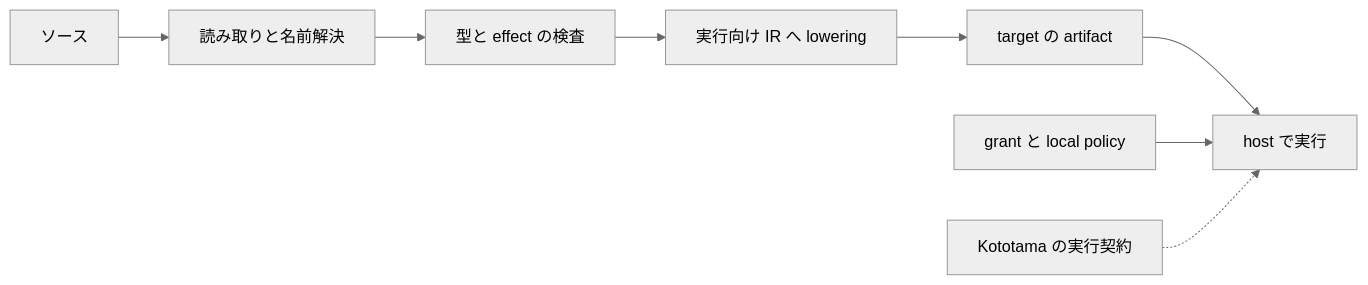
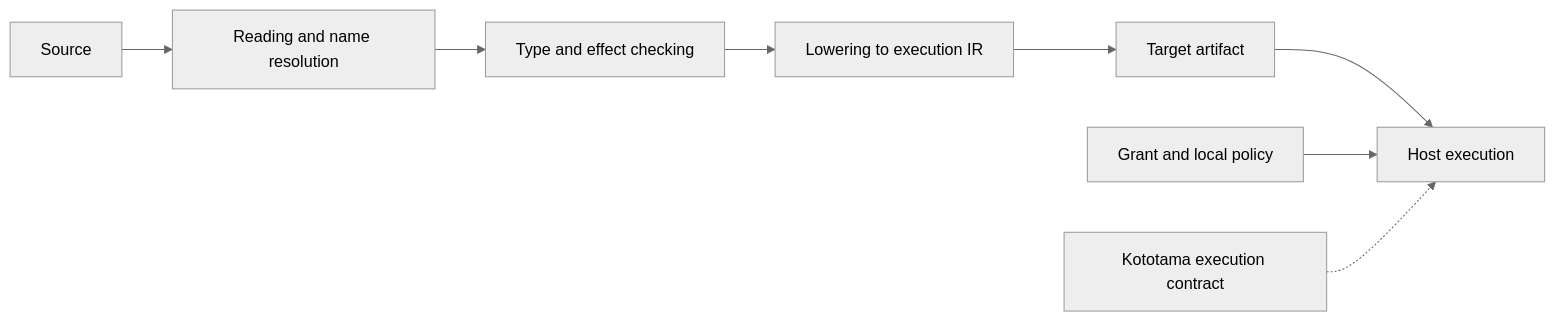
One commit to kotoba-lang/kotoba-lang changed the diagram in docs/learn/amu/01-first-program.md. Above: the diagram before and after it, drawn with Mermaid (neutral theme). The commit also changed other lines of this file and 28 other files, not shown here.

````diff
--- a/docs/learn/amu/01-first-program.md
+++ b/docs/learn/amu/01-first-program.md
@@ -33,10 +31,10 @@
 ```mermaid
 flowchart LR
-  S[ソース] --> R[読み取りと名前解決]
-  R --> C[型と effect の検査]
-  C --> L[実行向け IR へ lowering]
-  L --> B[target の artifact]
-  B --> H[host で実行]
-  G[grant と local policy] --> H
-  V[Kototama の実行契約] -.-> H
+  S[Source] --> R[Reading and name resolution]
+  R --> C[Type and effect checking]
+  C --> L[Lowering to execution IR]
+  L --> B[Target artifact]
+  B --> H[Host execution]
+  G[Grant and local policy] --> H
+  V[Kototama execution contract] -.-> H
 ```
````
